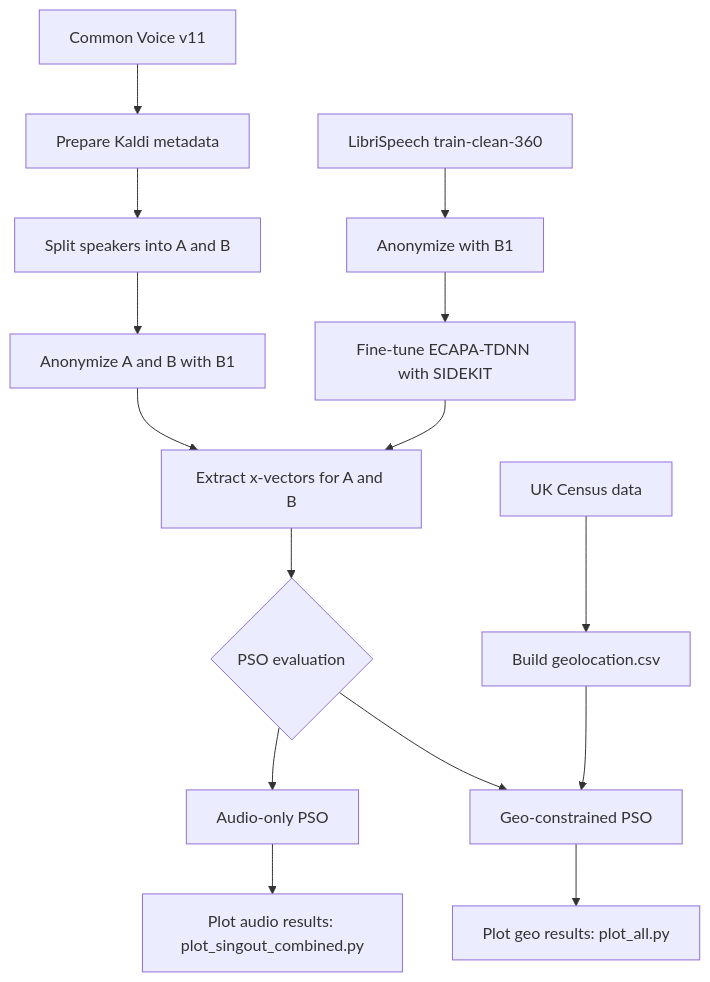
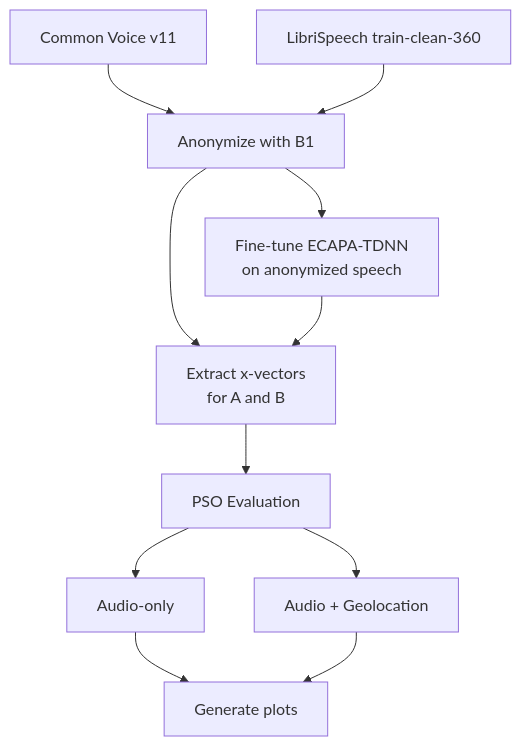
Before and after one commit to nobody-interspeech/pso-geo-voice-privacy: the diagram in README.md, drawn with Mermaid. The commit also changed other lines of this file, not shown here.

Commit message:
Improve pipeline diagram7

````diff
--- a/README.md
+++ b/README.md
@@ -231,22 +229,23 @@
 ```mermaid
 flowchart TD
-A[Common Voice v11] --> B[Prepare Kaldi metadata]
-B --> C[Split speakers into A and B]
+CV[Common Voice v11]
+LS[LibriSpeech train-clean-360]
+Anon[Anonymize with B1]
+ECAPA[Fine-tune ECAPA-TDNN<br/>on anonymized speech]
+XVec[Extract x-vectors<br/>for A and B]
+PSO[PSO Evaluation]
+Audio[Audio-only]
+Geo[Audio + Geolocation]
+Results[Generate plots]
 
-D[LibriSpeech train-clean-360] --> E[Anonymize with B1]
-C --> F[Anonymize A and B with B1]
-E --> G[Fine-tune ECAPA-TDNN with SIDEKIT]
-
-F --> H[Extract x-vectors for A and B]
-G --> H
-
-H --> I{PSO evaluation}
-
-I --> J[Audio-only PSO]
-J --> K[Plot audio results: plot_singout_combined.py]
-
-I --> L[Geo-constrained PSO]
-M[UK Census data] --> N[Build geolocation.csv]
-N --> L
-L --> O[Plot geo results: plot_all.py]
+CV --> Anon
+LS --> Anon
+Anon --> ECAPA
+Anon --> XVec
+ECAPA --> XVec
+XVec --> PSO
+PSO --> Audio
+PSO --> Geo
+Audio --> Results
+Geo --> Results
 ```
````
